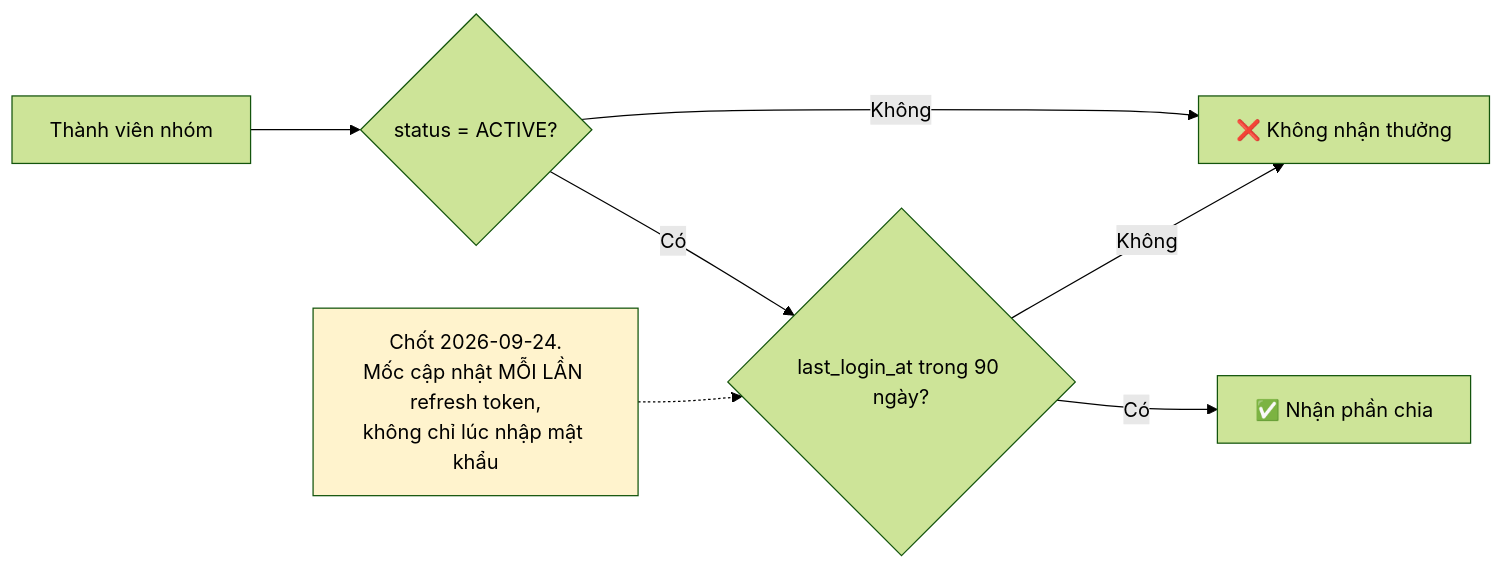
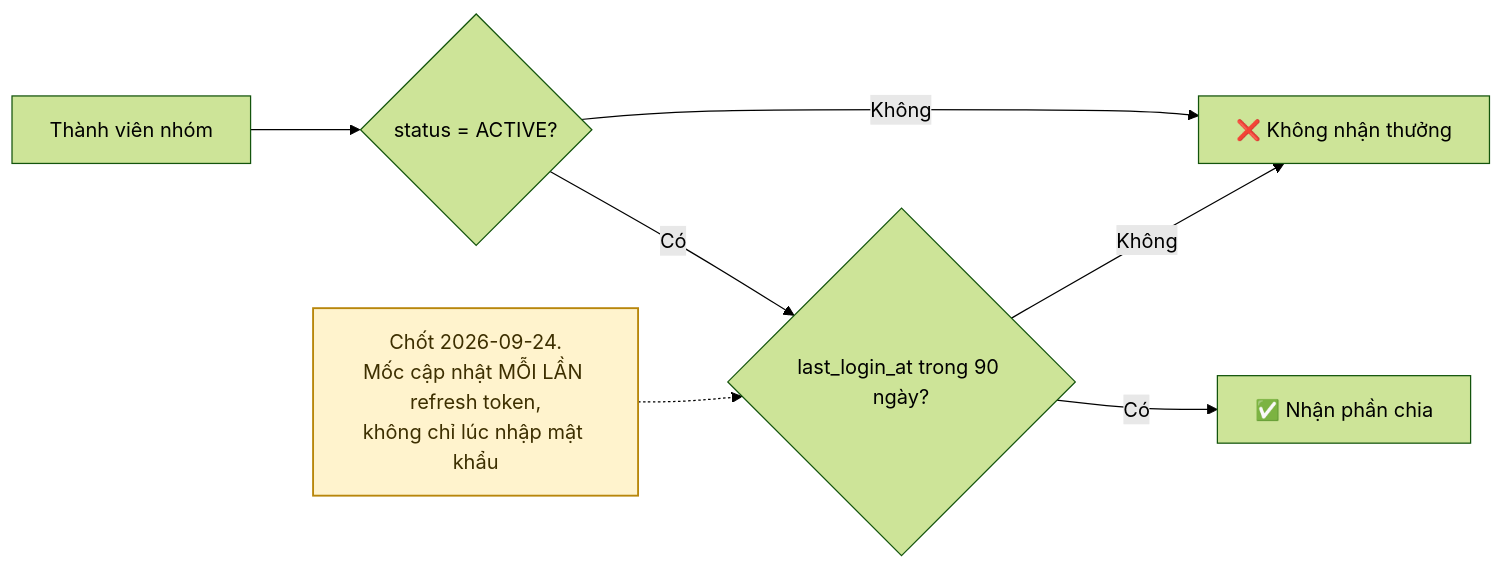
Before and after one commit to fdshn/trueheart: the fourth of 5 diagrams in docs/diagram/19-affiliate.md, drawn with Mermaid (forest theme). The commit also changed other lines of this file and 30 other files, not shown here.

First line of the commit message:
docs(diagram): chữ trong khối tô màu đọc được ở cả giao diện sáng và tối

````diff
--- a/docs/diagram/19-affiliate.md
+++ b/docs/diagram/19-affiliate.md
@@ -78,12 +78,12 @@
 ```mermaid
 flowchart LR
     A[Thành viên nhóm] --> B{status = ACTIVE?}
     B -->|Không| C[❌ Không nhận thưởng]
     B -->|Có| D{"last_login_at trong 90 ngày?"}
     D -->|Không| C
     D -->|Có| E[✅ Nhận phần chia]
 
     F["Chốt 2026-09-24.<br/>Mốc cập nhật MỖI LẦN refresh token,<br/>không chỉ lúc nhập mật khẩu"] -.-> D
 
-    style F fill:#fff3cd
+    style F fill:#fff3cd,stroke:#b8860b,stroke-width:1.5px,color:#3d2f00
 ```
````
